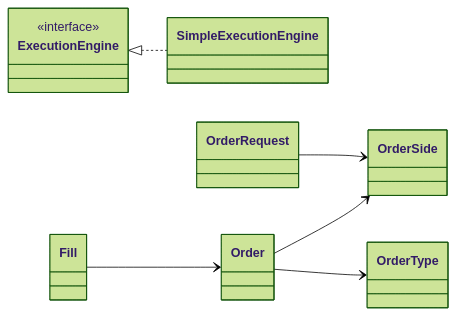
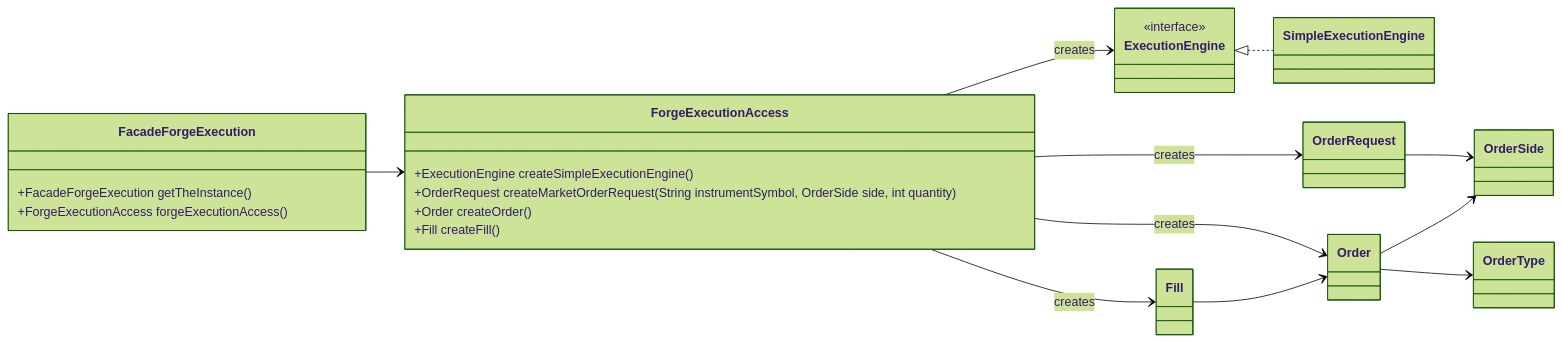
The tenth of 13 diagrams in class-model.md (probst-paul/FORGE), drawn with Mermaid (forest theme) before and after one commit. The commit also changed other lines of this file and 16 other files, not shown here.

First line of the commit message:
Add Forge*Access facades and refactor facades

````diff
--- a/class-model.md
+++ b/class-model.md
@@ -443,21 +486,38 @@
 ```mermaid
 classDiagram
     direction LR
+
+    class FacadeForgeExecution {
+        +FacadeForgeExecution getTheInstance()
+        +ForgeExecutionAccess forgeExecutionAccess()
+    }
+
+    class ForgeExecutionAccess {
+        +ExecutionEngine createSimpleExecutionEngine()
+        +OrderRequest createMarketOrderRequest(String instrumentSymbol, OrderSide side, int quantity)
+        +Order createOrder()
+        +Fill createFill()
+    }
 
     class ExecutionEngine {
         <<interface>>
     }
 
     class SimpleExecutionEngine
     class OrderRequest
     class Order
     class Fill
     class OrderSide
     class OrderType
 
+    FacadeForgeExecution --> ForgeExecutionAccess
+    ForgeExecutionAccess --> ExecutionEngine : creates
+    ForgeExecutionAccess --> OrderRequest : creates
+    ForgeExecutionAccess --> Order : creates
+    ForgeExecutionAccess --> Fill : creates
     ExecutionEngine <|.. SimpleExecutionEngine
     OrderRequest --> OrderSide
     Order --> OrderType
     Order --> OrderSide
     Fill --> Order
 ```
````
